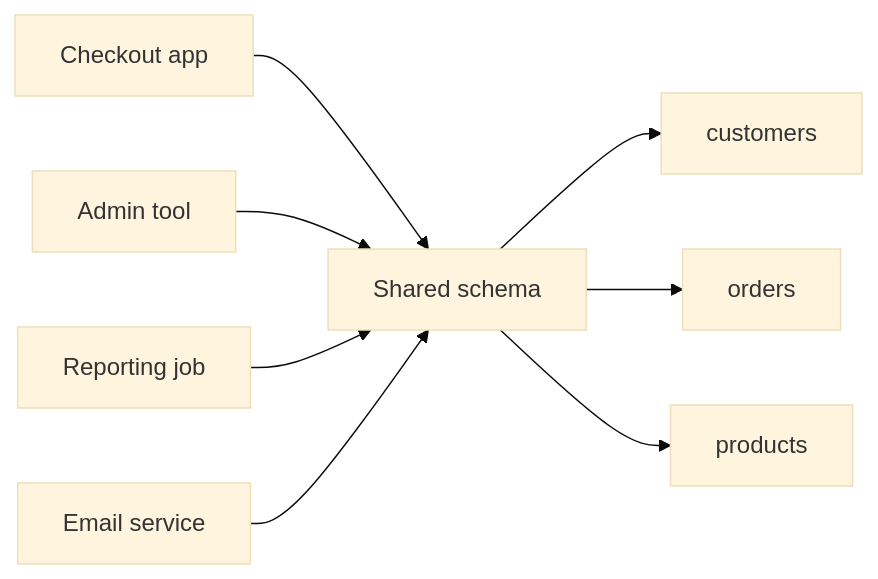
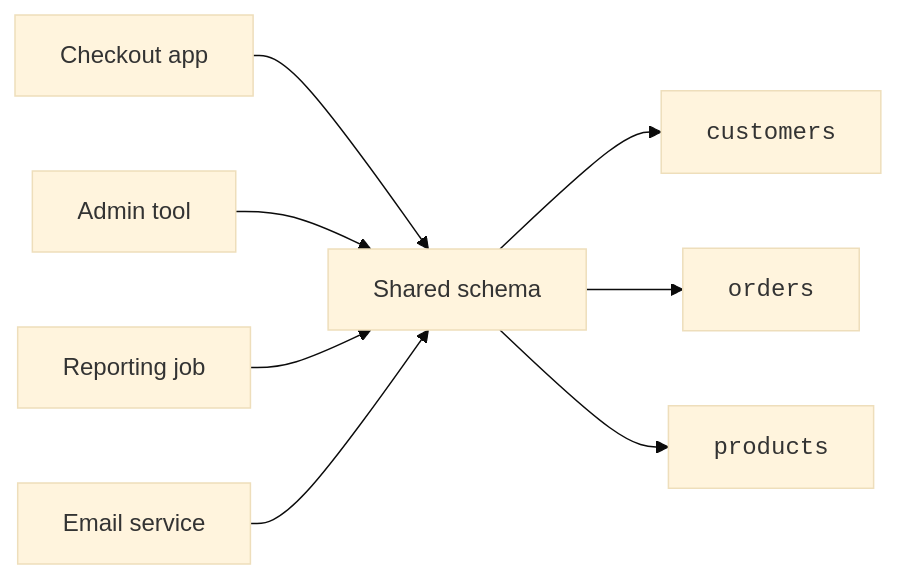
The third of 3 diagrams in content/learn/database-design-postgresql/why-structured-data.mdx (dataslope/dataslope), drawn with Mermaid (base theme) before and after one commit. The commit also changed 46 other files, not shown here.

First line of the commit message:
Wrap code in mermaid edge labels + entity/table names in DB diagrams

````diff
--- a/content/learn/database-design-postgresql/why-structured-data.mdx
+++ b/content/learn/database-design-postgresql/why-structured-data.mdx
@@ -195,10 +195,10 @@
 ```mermaid
 flowchart LR
     A["Checkout app"] --> S["Shared schema"]
     B["Admin tool"] --> S
     C["Reporting job"] --> S
     D["Email service"] --> S
-    S --> E["customers"]
-    S --> F["orders"]
-    S --> G["products"]
+    S --> E["<code>customers</code>"]
+    S --> F["<code>orders</code>"]
+    S --> G["<code>products</code>"]
 ```
````
